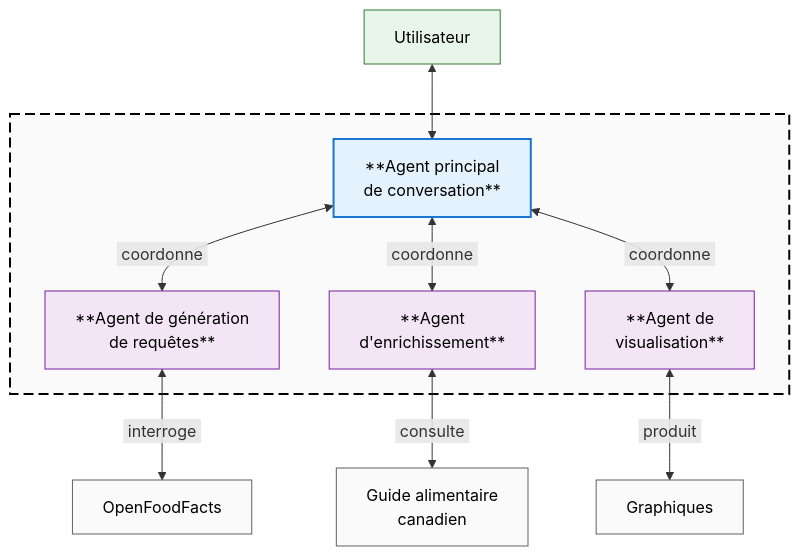
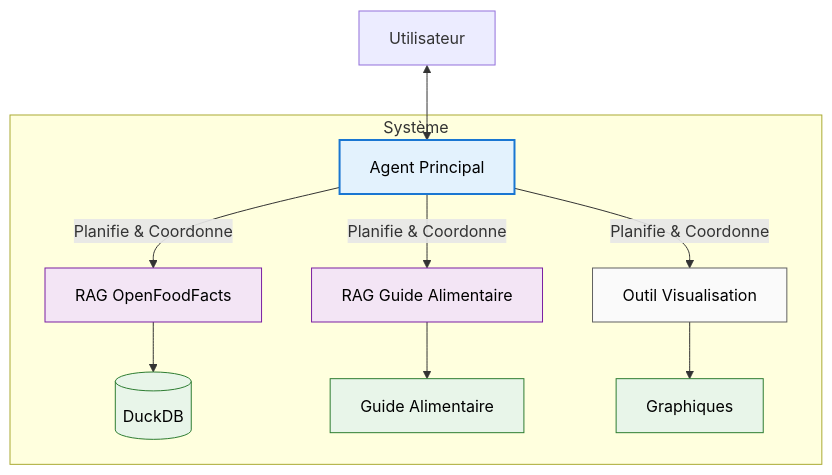
One commit to boisalai/ift-6005 changed the diagram in docs/markdown/plan.md. Above: the diagram before and after it, drawn with Mermaid. The commit also changed other lines of this file and 2 other files, not shown here.

````diff
--- a/docs/markdown/plan.md
+++ b/docs/markdown/plan.md
@@ -63,32 +56,25 @@
 ```mermaid
 graph TD
-    %% Définition de classes
-    classDef main fill:#e3f2fd,stroke:#1976d2,color:#000000,stroke-width:2px
-    classDef agent fill:#f3e5f5,stroke:#7b1fa2,color:#000000
-    classDef resource fill:#fafafa,stroke:#616161,color:#000000
-    classDef user fill:#e8f5e9,stroke:#2e7d32,color:#000000
-    classDef system_border stroke:#000000,stroke-width:2px,stroke-dasharray:10 5,fill:#fafafa
-
-    U["Utilisateur"] <--> MA
-
-    subgraph S[ ]
-        MA["**Agent principal<br>de conversation**"]
-        A1["**Agent de génération<br>de requêtes**"]
-        A2["**Agent<br>d'enrichissement**"]
-        A3["**Agent de<br>visualisation**"]
+    %% Classes
+    classDef agent fill:#e3f2fd,stroke:#1976d2,color:#000000,stroke-width:2px
+    classDef rag fill:#f3e5f5,stroke:#7b1fa2,color:#000000
+    classDef tool fill:#fafafa,stroke:#616161,color:#000000
+    classDef data fill:#e8f5e9,stroke:#2e7d32,color:#000000
+    
+    U["Utilisateur"] <--> AP["Agent Principal"]
+    
+    subgraph Système
+        AP -->|Planifie & Coordonne| RAG1["RAG OpenFoodFacts"]
+        AP -->|Planifie & Coordonne| RAG2["RAG Guide Alimentaire"]
+        AP -->|Planifie & Coordonne| VIZ["Outil Visualisation"]
         
-        MA <-->|&nbsp;coordonne&nbsp;| A1
-        MA <-->|&nbsp;coordonne&nbsp;| A2
-        MA <-->|&nbsp;coordonne&nbsp;| A3
+        RAG1 --> DB[("DuckDB")]
+        RAG2 --> GUIDE["Guide Alimentaire"]
+        VIZ --> PLOT["Graphiques"]
     end
     
-    A1 <-->|&nbsp;interroge&nbsp;| DB["OpenFoodFacts"]
-    A2 <-->|&nbsp;consulte&nbsp;| GAC["Guide alimentaire<br>canadien"]
-    A3 <-->|&nbsp;produit&nbsp;| V["Graphiques"]
-    
-    class MA main
-    class A1,A2,A3 agent
-    class DB,GAC,V resource
-    class U user
-    class S system_border
+    class AP agent
+    class RAG1,RAG2 rag
+    class VIZ tool
+    class DB,GUIDE,PLOT data
 ```
````
